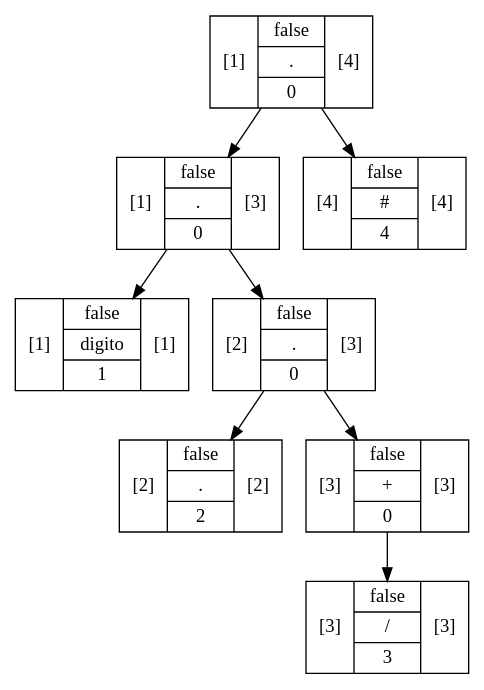
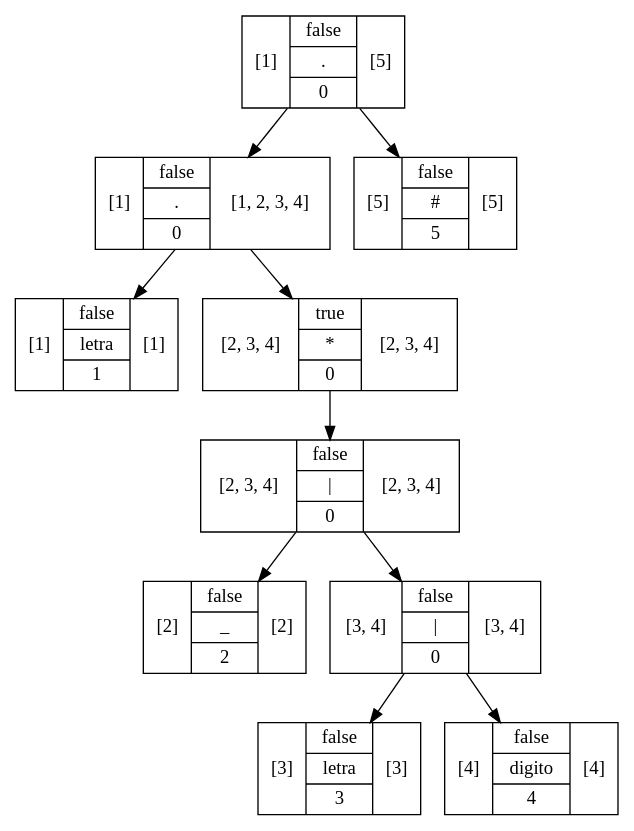
One commit to RojasCJP/Proyecto1_Compi1 changed the diagram in out/production/Proyecto1/Graphviz/Arbol3.dot. Above: the diagram before and after it, drawn with Graphviz. The commit also changed 276 other files, not shown here.

```diff
--- a/out/production/Proyecto1/Graphviz/Arbol3.dot
+++ b/out/production/Proyecto1/Graphviz/Arbol3.dot
@@ -1,17 +1,21 @@
 digraph structs {
-    node [shape=record];ArbolNodoMetodo2b2bb2ef[label="[1]|{false|{digito}|1}|[1]"];
-ArbolNodoMetodo5f12af0c[label="[2]|{false|{.}|2}|[2]"];
-ArbolNodoMetodo4101a26a[label="[3]|{false|{/}|3}|[3]"];
-ArbolNodoMetodo17c6c5d3[label="[3]|{false|{+}|0}|[3]"];
-ArbolNodoMetodo17c6c5d3 -> ArbolNodoMetodo4101a26a;
-ArbolNodoMetodo618cb10e[label="[2]|{false|{.}|0}|[3]"];
-ArbolNodoMetodo618cb10e -> ArbolNodoMetodo5f12af0c;
-ArbolNodoMetodo618cb10e -> ArbolNodoMetodo17c6c5d3;
-ArbolNodoMetodo2bac08fc[label="[1]|{false|{.}|0}|[3]"];
-ArbolNodoMetodo2bac08fc -> ArbolNodoMetodo2b2bb2ef;
-ArbolNodoMetodo2bac08fc -> ArbolNodoMetodo618cb10e;
-ArbolNodoMetodo67f2fd11[label="[4]|{false|{#}|4}|[4]"];
-ArbolNodoMetodo463b5461[label="[1]|{false|{.}|0}|[4]"];
-ArbolNodoMetodo463b5461 -> ArbolNodoMetodo2bac08fc;
-ArbolNodoMetodo463b5461 -> ArbolNodoMetodo67f2fd11;
+    node [shape=record];ArbolNodoMetodo6457713e[label="[1]|{false|{letra}|1}|[1]"];
+ArbolNodoMetodo4345f875[label="[2]|{false|{_}|2}|[2]"];
+ArbolNodoMetodo4a865e8f[label="[3]|{false|{letra}|3}|[3]"];
+ArbolNodoMetodo79fadad5[label="[4]|{false|{digito}|4}|[4]"];
+ArbolNodoMetodo26fb9a55[label="[3, 4]|{false|{\|}|0}|[3, 4]"];
+ArbolNodoMetodo26fb9a55 -> ArbolNodoMetodo4a865e8f;
+ArbolNodoMetodo26fb9a55 -> ArbolNodoMetodo79fadad5;
+ArbolNodoMetodo4a9148af[label="[2, 3, 4]|{false|{\|}|0}|[2, 3, 4]"];
+ArbolNodoMetodo4a9148af -> ArbolNodoMetodo4345f875;
+ArbolNodoMetodo4a9148af -> ArbolNodoMetodo26fb9a55;
+ArbolNodoMetodo321b0554[label="[2, 3, 4]|{true|{*}|0}|[2, 3, 4]"];
+ArbolNodoMetodo321b0554 -> ArbolNodoMetodo4a9148af;
+ArbolNodoMetodo1d185db0[label="[1]|{false|{.}|0}|[1, 2, 3, 4]"];
+ArbolNodoMetodo1d185db0 -> ArbolNodoMetodo6457713e;
+ArbolNodoMetodo1d185db0 -> ArbolNodoMetodo321b0554;
+ArbolNodoMetodo67cb4574[label="[5]|{false|{#}|5}|[5]"];
+ArbolNodoMetodo275fbd12[label="[1]|{false|{.}|0}|[5]"];
+ArbolNodoMetodo275fbd12 -> ArbolNodoMetodo1d185db0;
+ArbolNodoMetodo275fbd12 -> ArbolNodoMetodo67cb4574;
 }
```
